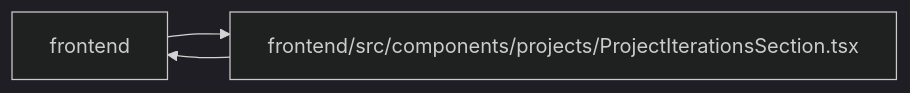
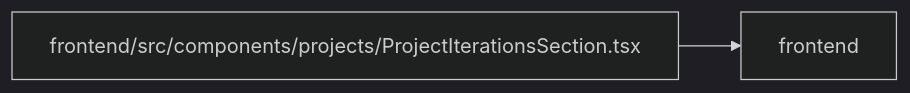
One commit to Denissvgn/WorkChord changed the diagram in docs/llm_wiki/modules/ProjectIterationsSection.md. Above: the diagram before and after it, drawn with Mermaid (dark theme). The commit also changed other lines of this file and 2373 other files, not shown here.

````diff
--- a/docs/llm_wiki/modules/ProjectIterationsSection.md
+++ b/docs/llm_wiki/modules/ProjectIterationsSection.md
@@ -42,8 +43,7 @@
 ```mermaid
 flowchart LR
     n0["frontend"]
     n1["frontend/src/components/projects/ProjectIterationsSection.tsx"]
-    n0 --> n1
     n1 --> n0
     click n1 "../modules/ProjectIterationsSection.md"
 ```
````
